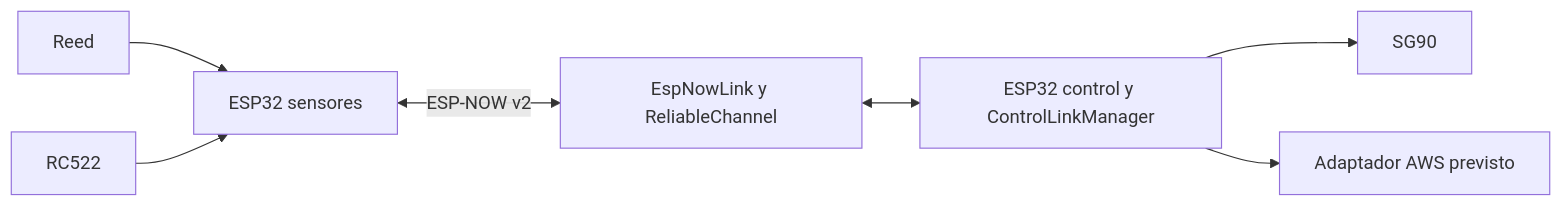
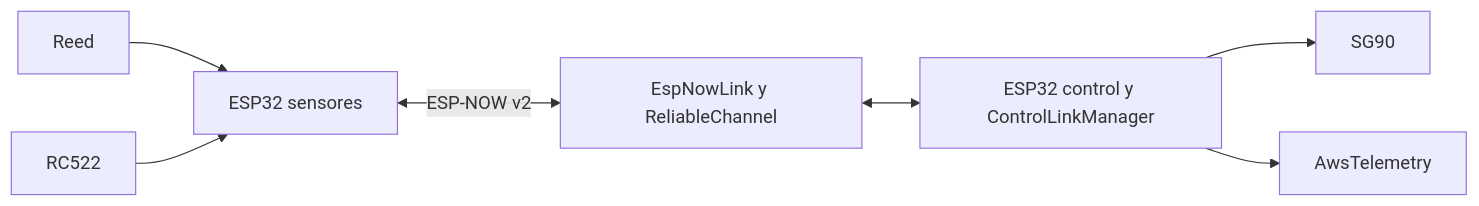
Before and after one commit to feliLuis/practica4PuertaInteligente: the first of 8 diagrams in docs/Practica-4.md, drawn with Mermaid. The commit also changed other lines of this file and 11 other files, not shown here.

```diff
--- a/docs/Practica-4.md
+++ b/docs/Practica-4.md
@@ -55,9 +55,9 @@
 ~~~mermaid
 flowchart LR
     Reed[Reed] --> Sensors[ESP32 sensores]
     RFID[RC522] --> Sensors
     Sensors <-->|ESP-NOW v2| Link[EspNowLink y ReliableChannel]
     Link <--> Control[ESP32 control y ControlLinkManager]
     Control --> Servo[SG90]
-    Control --> AWS[Adaptador AWS previsto]
+    Control --> AWS[AwsTelemetry]
 ~~~
```
